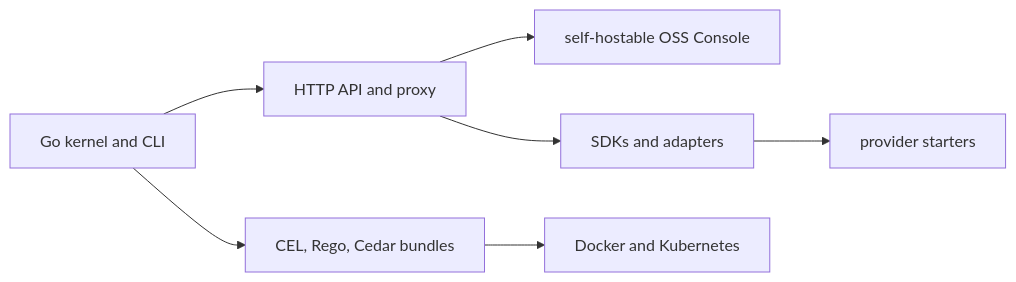
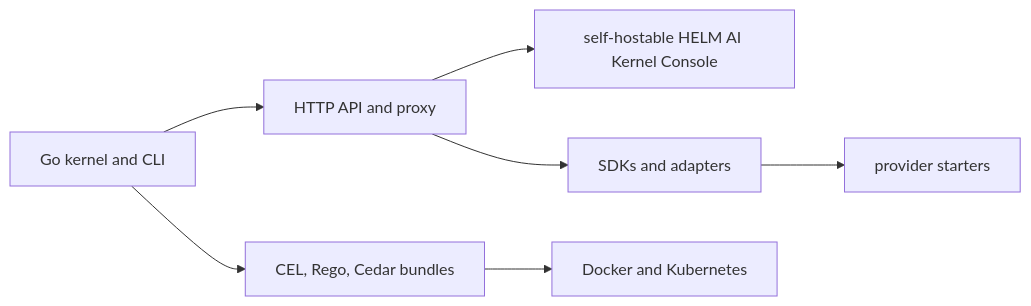
The diagram in docs/COMPATIBILITY.md (Mindburn-Labs/helm-ai-kernel), drawn with Mermaid before and after one commit. The commit also changed other lines of this file and 966 other files, not shown here.

First line of the commit message:
chore: complete helm-ai-kernel rename (#138)

````diff
--- a/docs/COMPATIBILITY.md
+++ b/docs/COMPATIBILITY.md
@@ -20,9 +20,9 @@
 ```mermaid
 flowchart LR
   Kernel["Go kernel and CLI"] --> API["HTTP API and proxy"]
-  API --> Console["self-hostable OSS Console"]
+  API --> Console["self-hostable HELM AI Kernel Console"]
   API --> SDKs["SDKs and adapters"]
   SDKs --> Starters["provider starters"]
   Kernel --> Policy["CEL, Rego, Cedar bundles"]
   Policy --> Deploy["Docker and Kubernetes"]
 ```
````
